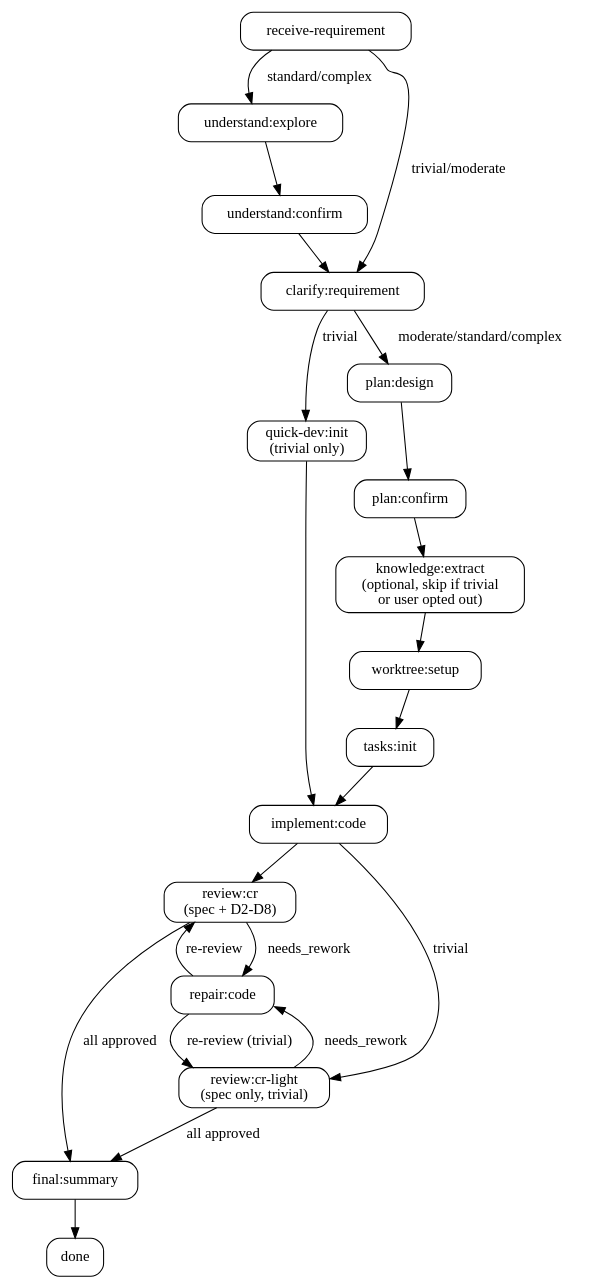
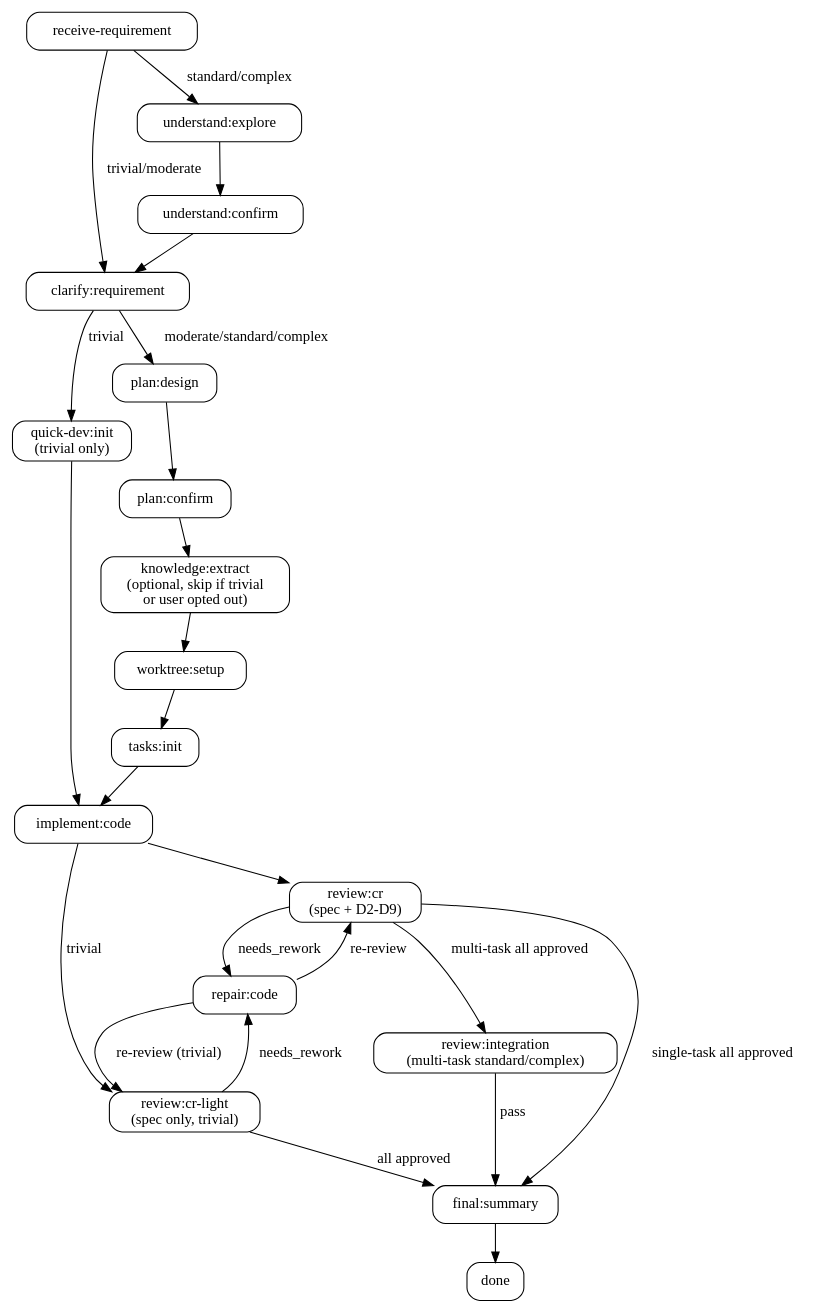
One commit to Jxin-Cai/chisel changed the diagram in skills/chisel/SKILL.md. Above: the diagram before and after it, drawn with Graphviz. The commit also changed other lines of this file and 54 other files, not shown here.

````diff
--- a/skills/chisel/SKILL.md
+++ b/skills/chisel/SKILL.md
@@ -52,39 +53,42 @@
 ```dot
 digraph chisel_flow {
   rankdir=TB; node [shape=box, style=rounded];
   receive [label="receive-requirement"];
   explore [label="understand:explore"];
   u_confirm [label="understand:confirm"];
   clarify [label="clarify:requirement"];
   quickdev [label="quick-dev:init\n(trivial only)"];
   design [label="plan:design"];
   p_confirm [label="plan:confirm"];
   knowledge [label="knowledge:extract\n(optional, skip if trivial\nor user opted out)"];
   worktree [label="worktree:setup"];
   tasks [label="tasks:init"];
   implement [label="implement:code"];
-  review [label="review:cr\n(spec + D2-D8)"];
+  review [label="review:cr\n(spec + D2-D9)"];
   review_light [label="review:cr-light\n(spec only, trivial)"];
+  integration [label="review:integration\n(multi-task standard/complex)"];
   repair [label="repair:code"];
   final [label="final:summary"];
   done [label="done"];
 
   receive -> explore [label="standard/complex"];
   receive -> clarify [label="trivial/moderate"];
   explore -> u_confirm -> clarify;
   clarify -> quickdev [label="trivial"];
   clarify -> design [label="moderate/standard/complex"];
   quickdev -> implement;
   design -> p_confirm -> knowledge;
   knowledge -> worktree -> tasks;
   tasks -> implement -> review;
   implement -> review_light [label="trivial"];
   review -> repair [label="needs_rework"];
   review_light -> repair [label="needs_rework"];
   repair -> review [label="re-review"];
   repair -> review_light [label="re-review (trivial)"];
-  review -> final [label="all approved"];
+  review -> integration [label="multi-task all approved"];
+  integration -> final [label="pass"];
+  review -> final [label="single-task all approved"];
   review_light -> final [label="all approved"];
   final -> done;
 }
 ```
````
